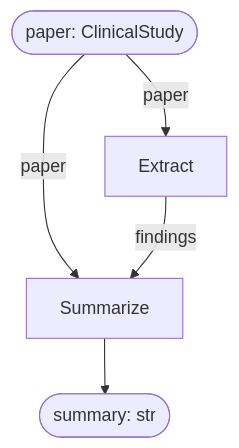
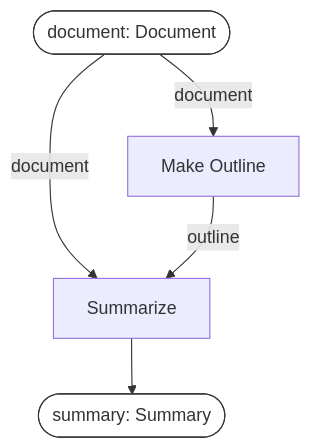
Before and after one commit to borisdev/conceptlint: the diagram in README.md, drawn with Mermaid. The commit also changed other lines of this file and 15 other files, not shown here.

````diff
--- a/README.md
+++ b/README.md
@@ -49,11 +50,13 @@
 ```mermaid
 flowchart TD
-  IN_paper(["paper: ClinicalStudy"])
-  s0["Extract"]
-  s1["Summarize"]
-  OUT_summary(["summary: str"])
-  IN_paper -- paper --> s0
-  IN_paper -- paper --> s1
-  s0 -- findings --> s1
-  s1 --> OUT_summary
+  IN_document(["document: Document"])
+  summarize_document_0["Make Outline"]
+  summarize_document_1["Summarize"]
+  OUT_summary(["summary: Summary"])
+  IN_document -- document --> summarize_document_0
+  IN_document -- document --> summarize_document_1
+  summarize_document_0 -- outline --> summarize_document_1
+  summarize_document_1 --> OUT_summary
+  classDef port fill:#fff,stroke:#333,stroke-width:1px,color:#333;
+  class IN_document,OUT_summary port;
 ```
````
